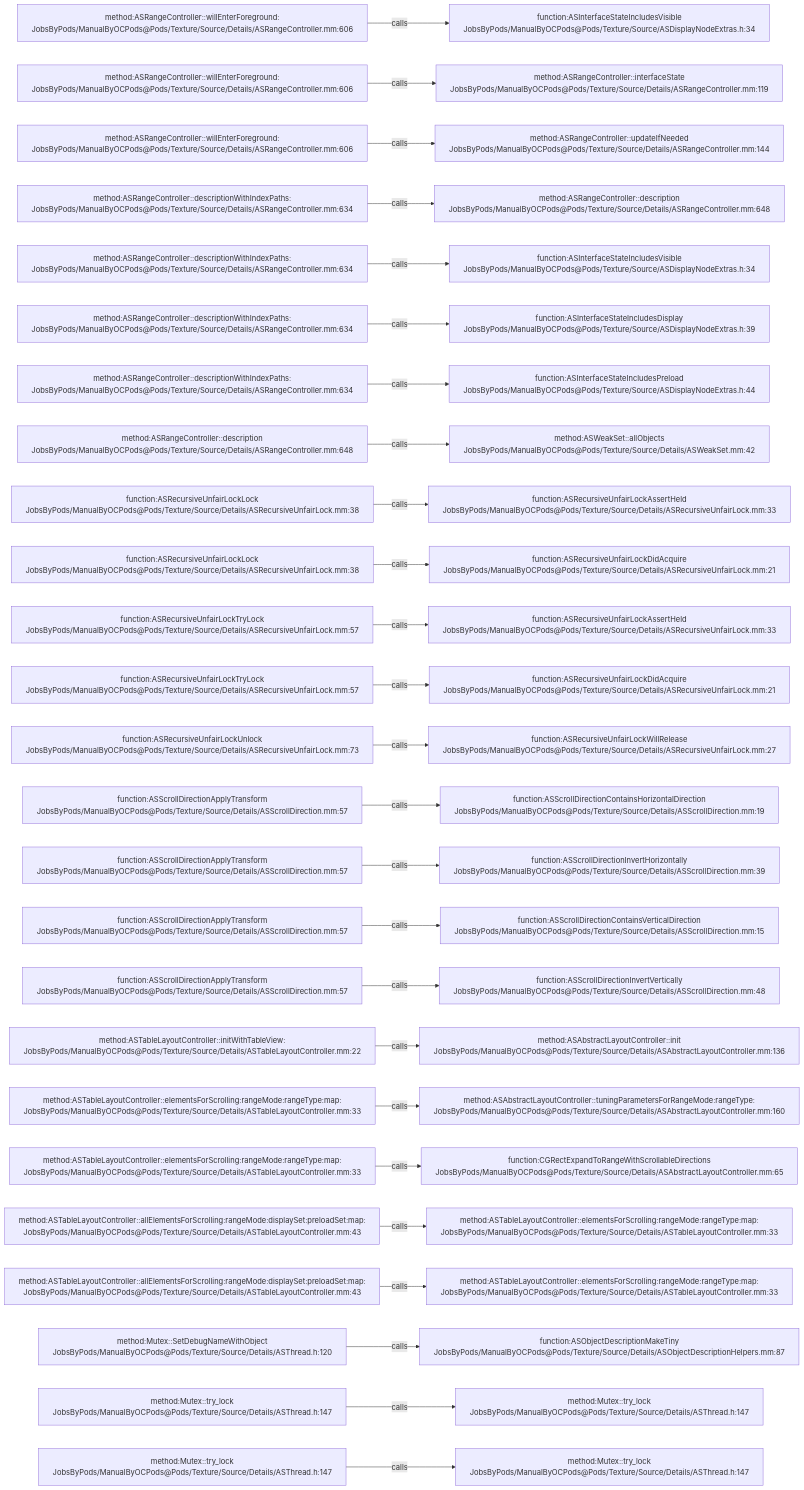
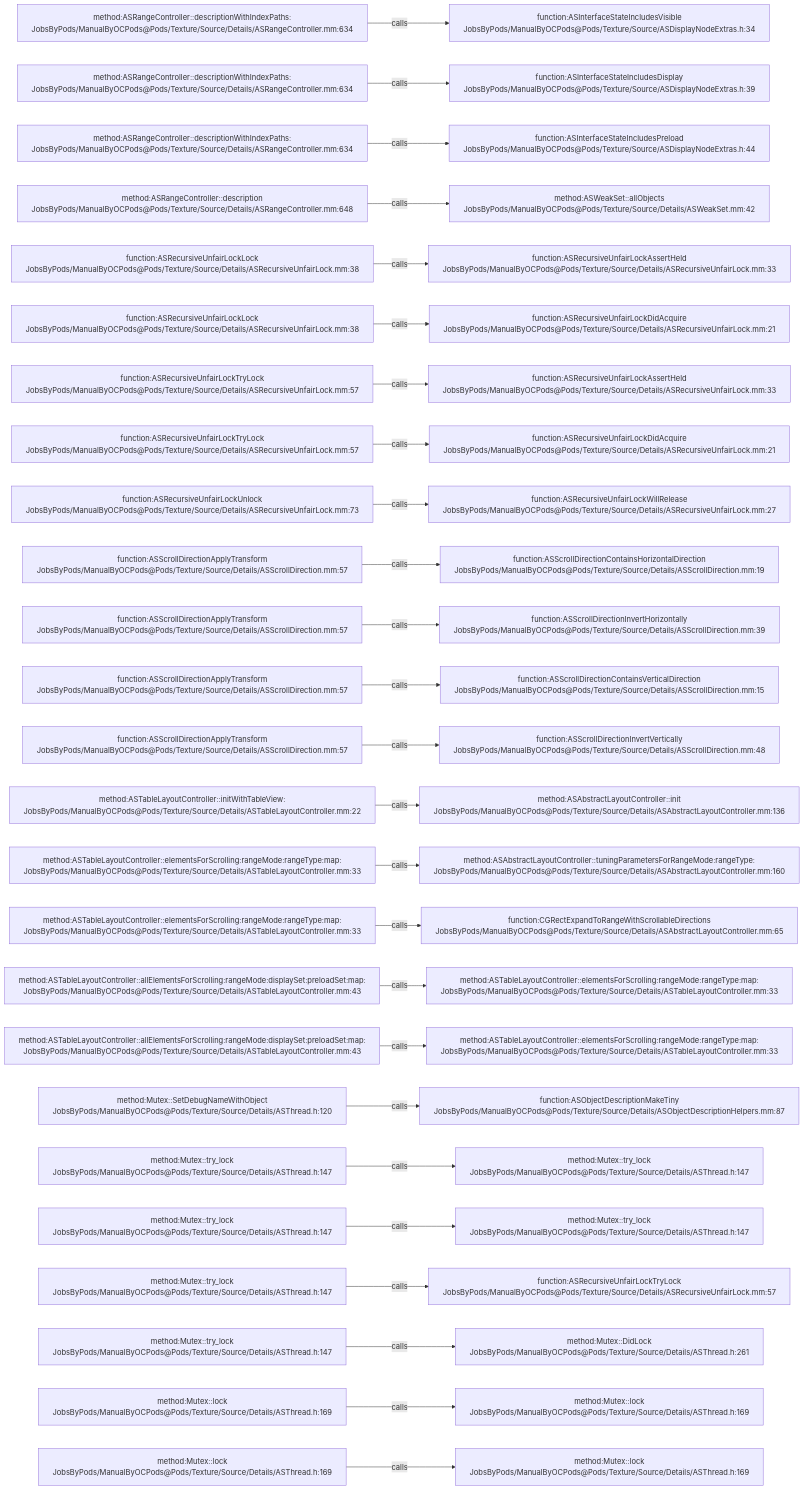
The diagram in .codegraph/codegraph.md/graphs/calls-163.md (JobsKits/JobsOCBaseConfigDemo), drawn with Mermaid before and after one commit. The commit also changed 727 other files, not shown here.

````diff
--- a/.codegraph/codegraph.md/graphs/calls-163.md
+++ b/.codegraph/codegraph.md/graphs/calls-163.md
@@ -13,78 +13,78 @@
 ```mermaid
 flowchart LR
-  S1["method:ASRangeController::willEnterForeground:<br/>JobsByPods/ManualByOCPods@Pods/Texture/Source/Details/ASRangeController.mm:606"]
+  S1["method:ASRangeController::descriptionWithIndexPaths:<br/>JobsByPods/ManualByOCPods@Pods/Texture/Source/Details/ASRangeController.mm:634"]
   T1["function:ASInterfaceStateIncludesVisible<br/>JobsByPods/ManualByOCPods@Pods/Texture/Source/ASDisplayNodeExtras.h:34"]
   S1 -->|calls| T1
-  S2["method:ASRangeController::willEnterForeground:<br/>JobsByPods/ManualByOCPods@Pods/Texture/Source/Details/ASRangeController.mm:606"]
-  T2["method:ASRangeController::interfaceState<br/>JobsByPods/ManualByOCPods@Pods/Texture/Source/Details/ASRangeController.mm:119"]
+  S2["method:ASRangeController::descriptionWithIndexPaths:<br/>JobsByPods/ManualByOCPods@Pods/Texture/Source/Details/ASRangeController.mm:634"]
+  T2["function:ASInterfaceStateIncludesDisplay<br/>JobsByPods/ManualByOCPods@Pods/Texture/Source/ASDisplayNodeExtras.h:39"]
   S2 -->|calls| T2
-  S3["method:ASRangeController::willEnterForeground:<br/>JobsByPods/ManualByOCPods@Pods/Texture/Source/Details/ASRangeController.mm:606"]
-  T3["method:ASRangeController::updateIfNeeded<br/>JobsByPods/ManualByOCPods@Pods/Texture/Source/Details/ASRangeController.mm:144"]
+  S3["method:ASRangeController::descriptionWithIndexPaths:<br/>JobsByPods/ManualByOCPods@Pods/Texture/Source/Details/ASRangeController.mm:634"]
+  T3["function:ASInterfaceStateIncludesPreload<br/>JobsByPods/ManualByOCPods@Pods/Texture/Source/ASDisplayNodeExtras.h:44"]
   S3 -->|calls| T3
-  S4["method:ASRangeController::descriptionWithIndexPaths:<br/>JobsByPods/ManualByOCPods@Pods/Texture/Source/Details/ASRangeController.mm:634"]
-  T4["method:ASRangeController::description<br/>JobsByPods/ManualByOCPods@Pods/Texture/Source/Details/ASRangeController.mm:648"]
+  S4["method:ASRangeController::description<br/>JobsByPods/ManualByOCPods@Pods/Texture/Source/Details/ASRangeController.mm:648"]
+  T4["method:ASWeakSet::allObjects<br/>JobsByPods/ManualByOCPods@Pods/Texture/Source/Details/ASWeakSet.mm:42"]
   S4 -->|calls| T4
-  S5["method:ASRangeController::descriptionWithIndexPaths:<br/>JobsByPods/ManualByOCPods@Pods/Texture/Source/Details/ASRangeController.mm:634"]
-  T5["function:ASInterfaceStateIncludesVisible<br/>JobsByPods/ManualByOCPods@Pods/Texture/Source/ASDisplayNodeExtras.h:34"]
+  S5["function:ASRecursiveUnfairLockLock<br/>JobsByPods/ManualByOCPods@Pods/Texture/Source/Details/ASRecursiveUnfairLock.mm:38"]
+  T5["function:ASRecursiveUnfairLockAssertHeld<br/>JobsByPods/ManualByOCPods@Pods/Texture/Source/Details/ASRecursiveUnfairLock.mm:33"]
   S5 -->|calls| T5
-  S6["method:ASRangeController::descriptionWithIndexPaths:<br/>JobsByPods/ManualByOCPods@Pods/Texture/Source/Details/ASRangeController.mm:634"]
-  T6["function:ASInterfaceStateIncludesDisplay<br/>JobsByPods/ManualByOCPods@Pods/Texture/Source/ASDisplayNodeExtras.h:39"]
+  S6["function:ASRecursiveUnfairLockLock<br/>JobsByPods/ManualByOCPods@Pods/Texture/Source/Details/ASRecursiveUnfairLock.mm:38"]
+  T6["function:ASRecursiveUnfairLockDidAcquire<br/>JobsByPods/ManualByOCPods@Pods/Texture/Source/Details/ASRecursiveUnfairLock.mm:21"]
   S6 -->|calls| T6
-  S7["method:ASRangeController::descriptionWithIndexPaths:<br/>JobsByPods/ManualByOCPods@Pods/Texture/Source/Details/ASRangeController.mm:634"]
-  T7["function:ASInterfaceStateIncludesPreload<br/>JobsByPods/ManualByOCPods@Pods/Texture/Source/ASDisplayNodeExtras.h:44"]
+  S7["function:ASRecursiveUnfairLockTryLock<br/>JobsByPods/ManualByOCPods@Pods/Texture/Source/Details/ASRecursiveUnfairLock.mm:57"]
+  T7["function:ASRecursiveUnfairLockAssertHeld<br/>JobsByPods/ManualByOCPods@Pods/Texture/Source/Details/ASRecursiveUnfairLock.mm:33"]
   S7 -->|calls| T7
-  S8["method:ASRangeController::description<br/>JobsByPods/ManualByOCPods@Pods/Texture/Source/Details/ASRangeController.mm:648"]
-  T8["method:ASWeakSet::allObjects<br/>JobsByPods/ManualByOCPods@Pods/Texture/Source/Details/ASWeakSet.mm:42"]
+  S8["function:ASRecursiveUnfairLockTryLock<br/>JobsByPods/ManualByOCPods@Pods/Texture/Source/Details/ASRecursiveUnfairLock.mm:57"]
+  T8["function:ASRecursiveUnfairLockDidAcquire<br/>JobsByPods/ManualByOCPods@Pods/Texture/Source/Details/ASRecursiveUnfairLock.mm:21"]
   S8 -->|calls| T8
-  S9["function:ASRecursiveUnfairLockLock<br/>JobsByPods/ManualByOCPods@Pods/Texture/Source/Details/ASRecursiveUnfairLock.mm:38"]
-  T9["function:ASRecursiveUnfairLockAssertHeld<br/>JobsByPods/ManualByOCPods@Pods/Texture/Source/Details/ASRecursiveUnfairLock.mm:33"]
+  S9["function:ASRecursiveUnfairLockUnlock<br/>JobsByPods/ManualByOCPods@Pods/Texture/Source/Details/ASRecursiveUnfairLock.mm:73"]
+  T9["function:ASRecursiveUnfairLockWillRelease<br/>JobsByPods/ManualByOCPods@Pods/Texture/Source/Details/ASRecursiveUnfairLock.mm:27"]
   S9 -->|calls| T9
-  S10["function:ASRecursiveUnfairLockLock<br/>JobsByPods/ManualByOCPods@Pods/Texture/Source/Details/ASRecursiveUnfairLock.mm:38"]
-  T10["function:ASRecursiveUnfairLockDidAcquire<br/>JobsByPods/ManualByOCPods@Pods/Texture/Source/Details/ASRecursiveUnfairLock.mm:21"]
+  S10["function:ASScrollDirectionApplyTransform<br/>JobsByPods/ManualByOCPods@Pods/Texture/Source/Details/ASScrollDirection.mm:57"]
+  T10["function:ASScrollDirectionContainsHorizontalDirection<br/>JobsByPods/ManualByOCPods@Pods/Texture/Source/Details/ASScrollDirection.mm:19"]
   S10 -->|calls| T10
-  S11["function:ASRecursiveUnfairLockTryLock<br/>JobsByPods/ManualByOCPods@Pods/Texture/Source/Details/ASRecursiveUnfairLock.mm:57"]
-  T11["function:ASRecursiveUnfairLockAssertHeld<br/>JobsByPods/ManualByOCPods@Pods/Texture/Source/Details/ASRecursiveUnfairLock.mm:33"]
+  S11["function:ASScrollDirectionApplyTransform<br/>JobsByPods/ManualByOCPods@Pods/Texture/Source/Details/ASScrollDirection.mm:57"]
+  T11["function:ASScrollDirectionInvertHorizontally<br/>JobsByPods/ManualByOCPods@Pods/Texture/Source/Details/ASScrollDirection.mm:39"]
   S11 -->|calls| T11
-  S12["function:ASRecursiveUnfairLockTryLock<br/>JobsByPods/ManualByOCPods@Pods/Texture/Source/Details/ASRecursiveUnfairLock.mm:57"]
-  T12["function:ASRecursiveUnfairLockDidAcquire<br/>JobsByPods/ManualByOCPods@Pods/Texture/Source/Details/ASRecursiveUnfairLock.mm:21"]
+  S12["function:ASScrollDirectionApplyTransform<br/>JobsByPods/ManualByOCPods@Pods/Texture/Source/Details/ASScrollDirection.mm:57"]
+  T12["function:ASScrollDirectionContainsVerticalDirection<br/>JobsByPods/ManualByOCPods@Pods/Texture/Source/Details/ASScrollDirection.mm:15"]
   S12 -->|calls| T12
-  S13["function:ASRecursiveUnfairLockUnlock<br/>JobsByPods/ManualByOCPods@Pods/Texture/Source/Details/ASRecursiveUnfairLock.mm:73"]
-  T13["function:ASRecursiveUnfairLockWillRelease<br/>JobsByPods/ManualByOCPods@Pods/Texture/Source/Details/ASRecursiveUnfairLock.mm:27"]
+  S13["function:ASScrollDirectionApplyTransform<br/>JobsByPods/ManualByOCPods@Pods/Texture/Source/Details/ASScrollDirection.mm:57"]
+  T13["function:ASScrollDirectionInvertVertically<br/>JobsByPods/ManualByOCPods@Pods/Texture/Source/Details/ASScrollDirection.mm:48"]
   S13 -->|calls| T13
-  S14["function:ASScrollDirectionApplyTransform<br/>JobsByPods/ManualByOCPods@Pods/Texture/Source/Details/ASScrollDirection.mm:57"]
-  T14["function:ASScrollDirectionContainsHorizontalDirection<br/>JobsByPods/ManualByOCPods@Pods/Texture/Source/Details/ASScrollDirection.mm:19"]
+  S14["method:ASTableLayoutController::initWithTableView:<br/>JobsByPods/ManualByOCPods@Pods/Texture/Source/Details/ASTableLayoutController.mm:22"]
+  T14["method:ASAbstractLayoutController::init<br/>JobsByPods/ManualByOCPods@Pods/Texture/Source/Details/ASAbstractLayoutController.mm:136"]
   S14 -->|calls| T14
-  S15["function:ASScrollDirectionApplyTransform<br/>JobsByPods/ManualByOCPods@Pods/Texture/Source/Details/ASScrollDirection.mm:57"]
-  T15["function:ASScrollDirectionInvertHorizontally<br/>JobsByPods/ManualByOCPods@Pods/Texture/Source/Details/ASScrollDirection.mm:39"]
+  S15["method:ASTableLayoutController::elementsForScrolling:rangeMode:rangeType:map:<br/>JobsByPods/ManualByOCPods@Pods/Texture/Source/Details/ASTableLayoutController.mm:33"]
+  T15["method:ASAbstractLayoutController::tuningParametersForRangeMode:rangeType:<br/>JobsByPods/ManualByOCPods@Pods/Texture/Source/Details/ASAbstractLayoutController.mm:160"]
   S15 -->|calls| T15
-  S16["function:ASScrollDirectionApplyTransform<br/>JobsByPods/ManualByOCPods@Pods/Texture/Source/Details/ASScrollDirection.mm:57"]
-  T16["function:ASScrollDirectionContainsVerticalDirection<br/>JobsByPods/ManualByOCPods@Pods/Texture/Source/Details/ASScrollDirection.mm:15"]
+  S16["method:ASTableLayoutController::elementsForScrolling:rangeMode:rangeType:map:<br/>JobsByPods/ManualByOCPods@Pods/Texture/Source/Details/ASTableLayoutController.mm:33"]
+  T16["function:CGRectExpandToRangeWithScrollableDirections<br/>JobsByPods/ManualByOCPods@Pods/Texture/Source/Details/ASAbstractLayoutController.mm:65"]
   S16 -->|calls| T16
-  S17["function:ASScrollDirectionApplyTransform<br/>JobsByPods/ManualByOCPods@Pods/Texture/Source/Details/ASScrollDirection.mm:57"]
-  T17["function:ASScrollDirectionInvertVertically<br/>JobsByPods/ManualByOCPods@Pods/Texture/Source/Details/ASScrollDirection.mm:48"]
+  S17["method:ASTableLayoutController::allElementsForScrolling:rangeMode:displaySet:preloadSet:map:<br/>JobsByPods/ManualByOCPods@Pods/Texture/Source/Details/ASTableLayoutController.mm:43"]
+  T17["method:ASTableLayoutController::elementsForScrolling:rangeMode:rangeType:map:<br/>JobsByPods/ManualByOCPods@Pods/Texture/Source/Details/ASTableLayoutController.mm:33"]
   S17 -->|calls| T17
-  S18["method:ASTableLayoutController::initWithTableView:<br/>JobsByPods/ManualByOCPods@Pods/Texture/Source/Details/ASTableLayoutController.mm:22"]
-  T18["method:ASAbstractLayoutController::init<br/>JobsByPods/ManualByOCPods@Pods/Texture/Source/Details/ASAbstractLayoutController.mm:136"]
+  S18["method:ASTableLayoutController::allElementsForScrolling:rangeMode:displaySet:preloadSet:map:<br/>JobsByPods/ManualByOCPods@Pods/Texture/Source/Details/ASTableLayoutController.mm:43"]
+  T18["method:ASTableLayoutController::elementsForScrolling:rangeMode:rangeType:map:<br/>JobsByPods/ManualByOCPods@Pods/Texture/Source/Details/ASTableLayoutController.mm:33"]
   S18 -->|calls| T18
-  S19["method:ASTableLayoutController::elementsForScrolling:rangeMode:rangeType:map:<br/>JobsByPods/ManualByOCPods@Pods/Texture/Source/Details/ASTableLayoutController.mm:33"]
-  T19["method:ASAbstractLayoutController::tuningParametersForRangeMode:rangeType:<br/>JobsByPods/ManualByOCPods@Pods/Texture/Source/Details/ASAbstractLayoutController.mm:160"]
+  S19["method:Mutex::SetDebugNameWithObject<br/>JobsByPods/ManualByOCPods@Pods/Texture/Source/Details/ASThread.h:120"]
+  T19["function:ASObjectDescriptionMakeTiny<br/>JobsByPods/ManualByOCPods@Pods/Texture/Source/Details/ASObjectDescriptionHelpers.mm:87"]
   S19 -->|calls| T19
-  S20["method:ASTableLayoutController::elementsForScrolling:rangeMode:rangeType:map:<br/>JobsByPods/ManualByOCPods@Pods/Texture/Source/Details/ASTableLayoutController.mm:33"]
-  T20["function:CGRectExpandToRangeWithScrollableDirections<br/>JobsByPods/ManualByOCPods@Pods/Texture/Source/Details/ASAbstractLayoutController.mm:65"]
+  S20["method:Mutex::try_lock<br/>JobsByPods/ManualByOCPods@Pods/Texture/Source/Details/ASThread.h:147"]
+  T20["method:Mutex::try_lock<br/>JobsByPods/ManualByOCPods@Pods/Texture/Source/Details/ASThread.h:147"]
   S20 -->|calls| T20
-  S21["method:ASTableLayoutController::allElementsForScrolling:rangeMode:displaySet:preloadSet:map:<br/>JobsByPods/ManualByOCPods@Pods/Texture/Source/Details/ASTableLayoutController.mm:43"]
-  T21["method:ASTableLayoutController::elementsForScrolling:rangeMode:rangeType:map:<br/>JobsByPods/ManualByOCPods@Pods/Texture/Source/Details/ASTableLayoutController.mm:33"]
+  S21["method:Mutex::try_lock<br/>JobsByPods/ManualByOCPods@Pods/Texture/Source/Details/ASThread.h:147"]
+  T21["method:Mutex::try_lock<br/>JobsByPods/ManualByOCPods@Pods/Texture/Source/Details/ASThread.h:147"]
   S21 -->|calls| T21
-  S22["method:ASTableLayoutController::allElementsForScrolling:rangeMode:displaySet:preloadSet:map:<br/>JobsByPods/ManualByOCPods@Pods/Texture/Source/Details/ASTableLayoutController.mm:43"]
-  T22["method:ASTableLayoutController::elementsForScrolling:rangeMode:rangeType:map:<br/>JobsByPods/ManualByOCPods@Pods/Texture/Source/Details/ASTableLayoutController.mm:33"]
+  S22["method:Mutex::try_lock<br/>JobsByPods/ManualByOCPods@Pods/Texture/Source/Details/ASThread.h:147"]
+  T22["function:ASRecursiveUnfairLockTryLock<br/>JobsByPods/ManualByOCPods@Pods/Texture/Source/Details/ASRecursiveUnfairLock.mm:57"]
   S22 -->|calls| T22
-  S23["method:Mutex::SetDebugNameWithObject<br/>JobsByPods/ManualByOCPods@Pods/Texture/Source/Details/ASThread.h:120"]
-  T23["function:ASObjectDescriptionMakeTiny<br/>JobsByPods/ManualByOCPods@Pods/Texture/Source/Details/ASObjectDescriptionHelpers.mm:87"]
+  S23["method:Mutex::try_lock<br/>JobsByPods/ManualByOCPods@Pods/Texture/Source/Details/ASThread.h:147"]
+  T23["method:Mutex::DidLock<br/>JobsByPods/ManualByOCPods@Pods/Texture/Source/Details/ASThread.h:261"]
   S23 -->|calls| T23
-  S24["method:Mutex::try_lock<br/>JobsByPods/ManualByOCPods@Pods/Texture/Source/Details/ASThread.h:147"]
-  T24["method:Mutex::try_lock<br/>JobsByPods/ManualByOCPods@Pods/Texture/Source/Details/ASThread.h:147"]
+  S24["method:Mutex::lock<br/>JobsByPods/ManualByOCPods@Pods/Texture/Source/Details/ASThread.h:169"]
+  T24["method:Mutex::lock<br/>JobsByPods/ManualByOCPods@Pods/Texture/Source/Details/ASThread.h:169"]
   S24 -->|calls| T24
-  S25["method:Mutex::try_lock<br/>JobsByPods/ManualByOCPods@Pods/Texture/Source/Details/ASThread.h:147"]
-  T25["method:Mutex::try_lock<br/>JobsByPods/ManualByOCPods@Pods/Texture/Source/Details/ASThread.h:147"]
+  S25["method:Mutex::lock<br/>JobsByPods/ManualByOCPods@Pods/Texture/Source/Details/ASThread.h:169"]
+  T25["method:Mutex::lock<br/>JobsByPods/ManualByOCPods@Pods/Texture/Source/Details/ASThread.h:169"]
   S25 -->|calls| T25
 ```
````
